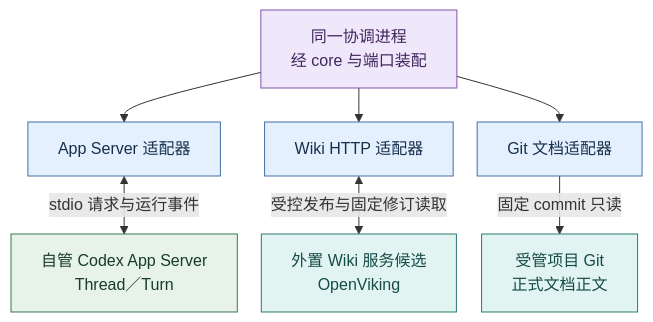
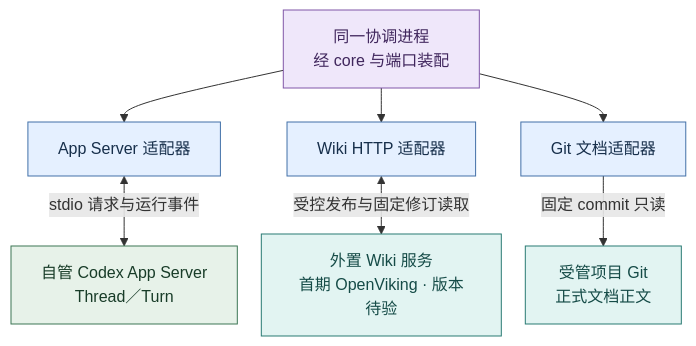
The second of 3 diagrams in docs/architecture/packages.md (cyl19970726/evoLoop), drawn with Mermaid before and after one commit. The commit also changed other lines of this file and 12 other files, not shown here.

Commit message:
docs: define portable knowledge backend and graph frontend boundaries

````diff
--- a/docs/architecture/packages.md
+++ b/docs/architecture/packages.md
@@ -54,15 +54,15 @@
 ```mermaid
 %%{init: {"flowchart":{"wrappingWidth":180,"nodeSpacing":24,"rankSpacing":34}}}%%
 flowchart TB
   C["同一协调进程<br/>经 core 与端口装配"]:::core
   C --> R["App Server 适配器"]:::adapter
   C --> W["Wiki HTTP 适配器"]:::adapter
   C --> G["Git 文档适配器"]:::adapter
   R <-->|stdio 请求与运行事件| AS["自管 Codex App Server<br/>Thread／Turn"]:::runtime
-  W <-->|受控发布与固定修订读取| OV["外置 Wiki 服务候选<br/>OpenViking"]:::authority
+  W <-->|受控发布与固定修订读取| OV["外置 Wiki 服务<br/>首期 OpenViking · 版本待验"]:::authority
   G -->|固定 commit 只读| GR["受管项目 Git<br/>正式文档正文"]:::authority
   classDef core fill:#EFE7FA,stroke:#8056A8,color:#40275D
   classDef adapter fill:#E5F0FF,stroke:#4270A8,color:#172F4B
   classDef authority fill:#E2F4F2,stroke:#297A73,color:#154B47
   classDef runtime fill:#E7F2E9,stroke:#3C7654,color:#183C28
 ```
````
